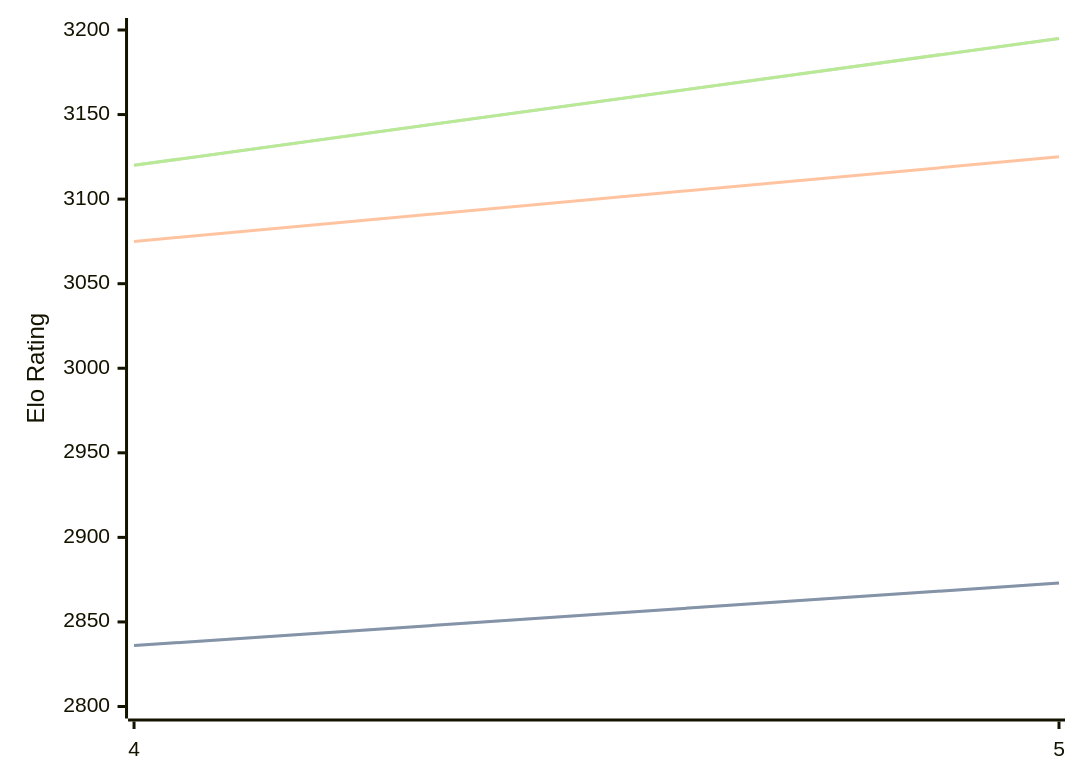
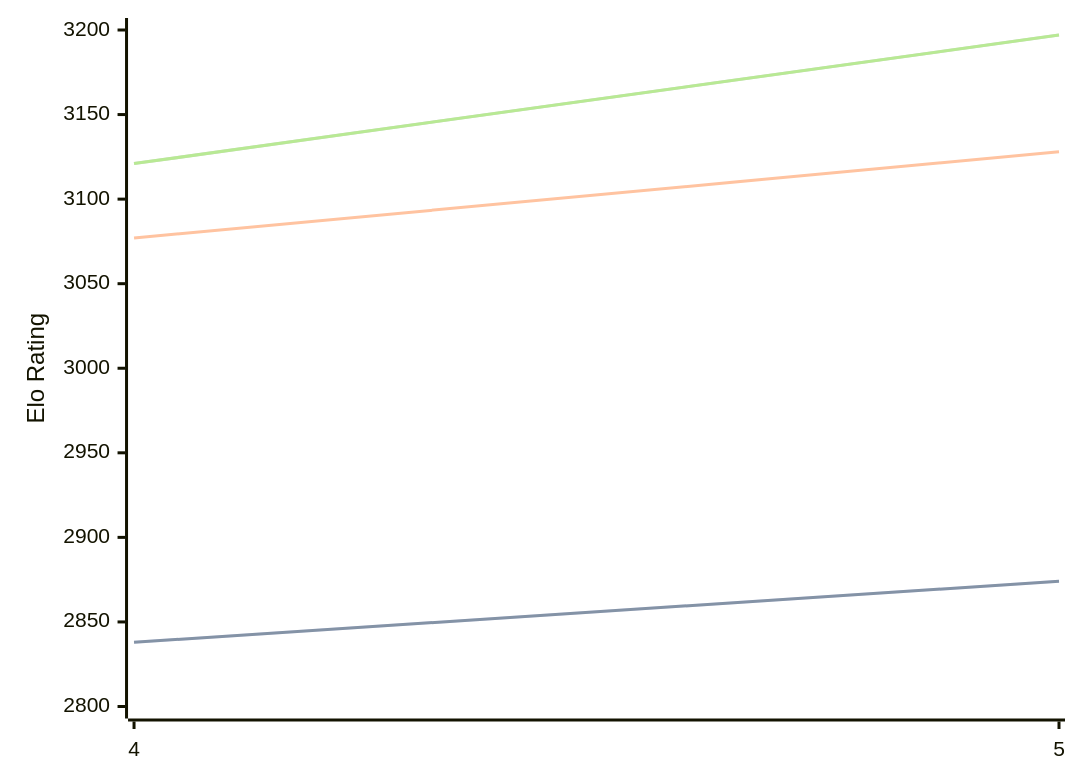
One commit to computer-chess-index/cci changed the first of 3 diagrams in engines/Cwtch.md. Above: the diagram before and after it, drawn with Mermaid. The commit also changed other lines of this file, not shown here.

Commit message:
Update CCI Ratings (ELO VLTC) - 2026-07-02

````diff
--- a/engines/Cwtch.md
+++ b/engines/Cwtch.md
@@ -34,11 +34,11 @@
 ```mermaid
 %%{init: {"theme":"base","themeVariables":{"seriesColors:['#a3a3a3','#222221','#faa371']}}}%%
 xychart-beta
   x-axis ["4", "5"]
   y-axis "Elo Rating" 2800 --> 3200
-  line "STC (8.0+0.08s)" [2836, 2873]
-  line "STC (8.0+0.08s)" [2836, 2873]
-  line "LTC (60.0+0.60s)" [3075, 3125]
-  line "VLTC (2m24s+1.12s)" [3120, 3195]
-  line "VLTC (2m24s+1.12s)" [3120, 3195]
+  line "STC (8.0+0.08s)" [2838, 2874]
+  line "STC (8.0+0.08s)" [2838, 2874]
+  line "LTC (60.0+0.60s)" [3077, 3128]
+  line "VLTC (2m24s+1.12s)" [3121, 3197]
+  line "VLTC (2m24s+1.12s)" [3121, 3197]
 ```
````
